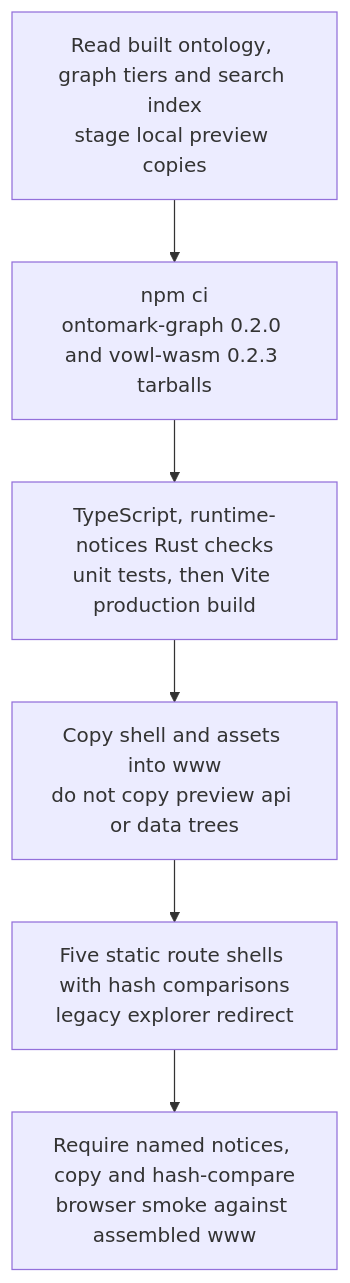
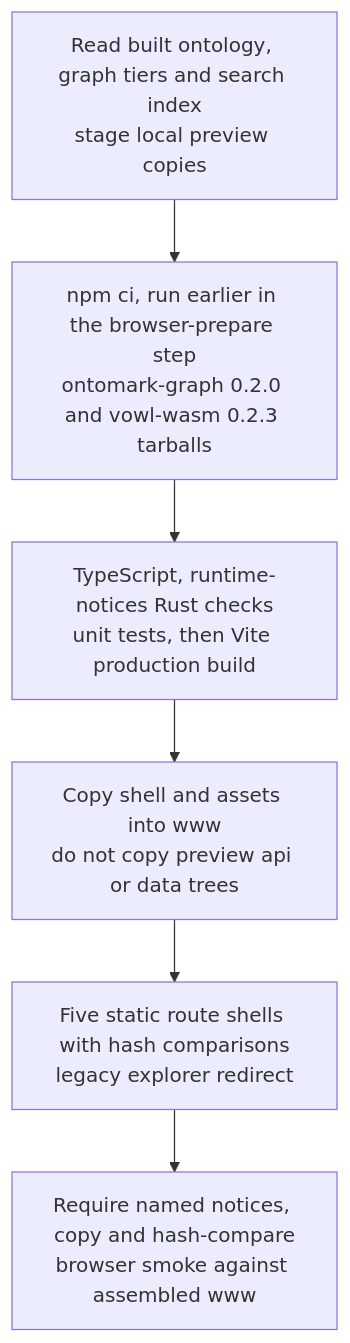
The second of 4 diagrams in docs/diagrams/visiongraph/03-publish-pipeline-and-explorer-build.md (DreamLab-AI/VisionFlow), drawn with Mermaid before and after one commit. The commit also changed other lines of this file and 70 other files, not shown here.

First line of the commit message:
docs(diagrams): re-verify 69 topics at current default-branch heads

````diff
--- a/docs/diagrams/visiongraph/03-publish-pipeline-and-explorer-build.md
+++ b/docs/diagrams/visiongraph/03-publish-pipeline-and-explorer-build.md
@@ -61,18 +63,18 @@
 ```mermaid
 flowchart TB
     INPUT["Read built ontology, graph tiers and search index<br/>stage local preview copies"]
-    DEPS["npm ci<br/>ontomark-graph 0.2.0 and vowl-wasm 0.2.3 tarballs"]
+    DEPS["npm ci, run earlier in the browser-prepare step<br/>ontomark-graph 0.2.0 and vowl-wasm 0.2.3 tarballs"]
     CHECK["TypeScript, runtime-notices Rust checks<br/>unit tests, then Vite production build"]
     COPY["Copy shell and assets into www<br/>do not copy preview api or data trees"]
     ROUTES["Five static route shells with hash comparisons<br/>legacy explorer redirect"]
     NOTICE["Require named notices, copy and hash-compare<br/>browser smoke against assembled www"]
     INPUT --> DEPS --> CHECK --> COPY --> ROUTES --> NOTICE
-    %% Source: .github/workflows/publish.yml:430
+    %% Source: .github/workflows/publish.yml:441
     %% Source: publishing-tools/WasmVOWL/modern/package.json:24
-    %% Source: .github/workflows/publish.yml:439
-    %% Source: .github/workflows/publish.yml:450
-    %% Source: .github/workflows/publish.yml:464
-    %% Source: .github/workflows/publish.yml:473
-    %% Source: .github/workflows/publish.yml:486
-    %% Source: .github/workflows/publish.yml:501
+    %% Source: .github/workflows/publish.yml:338
+    %% Source: .github/workflows/publish.yml:460
+    %% Source: .github/workflows/publish.yml:474
+    %% Source: .github/workflows/publish.yml:483
+    %% Source: .github/workflows/publish.yml:496
+    %% Source: .github/workflows/publish.yml:511
 ```
````
